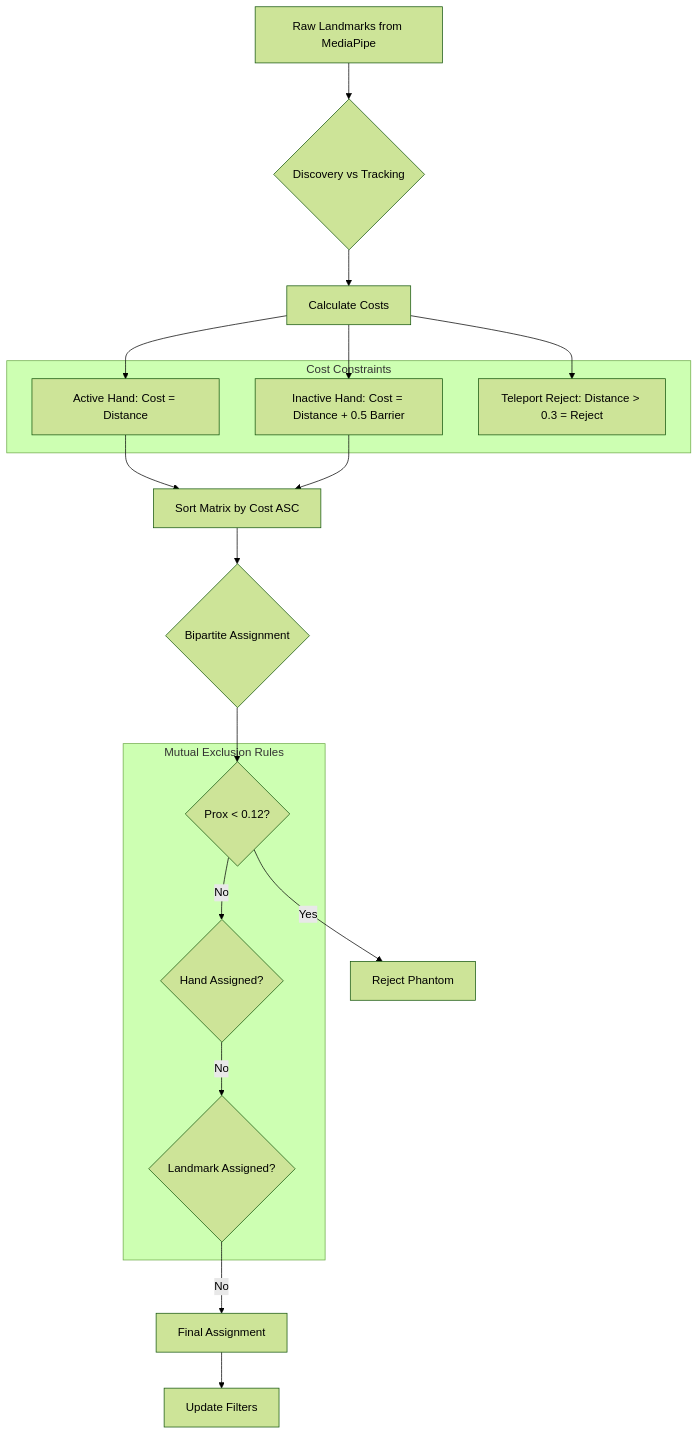
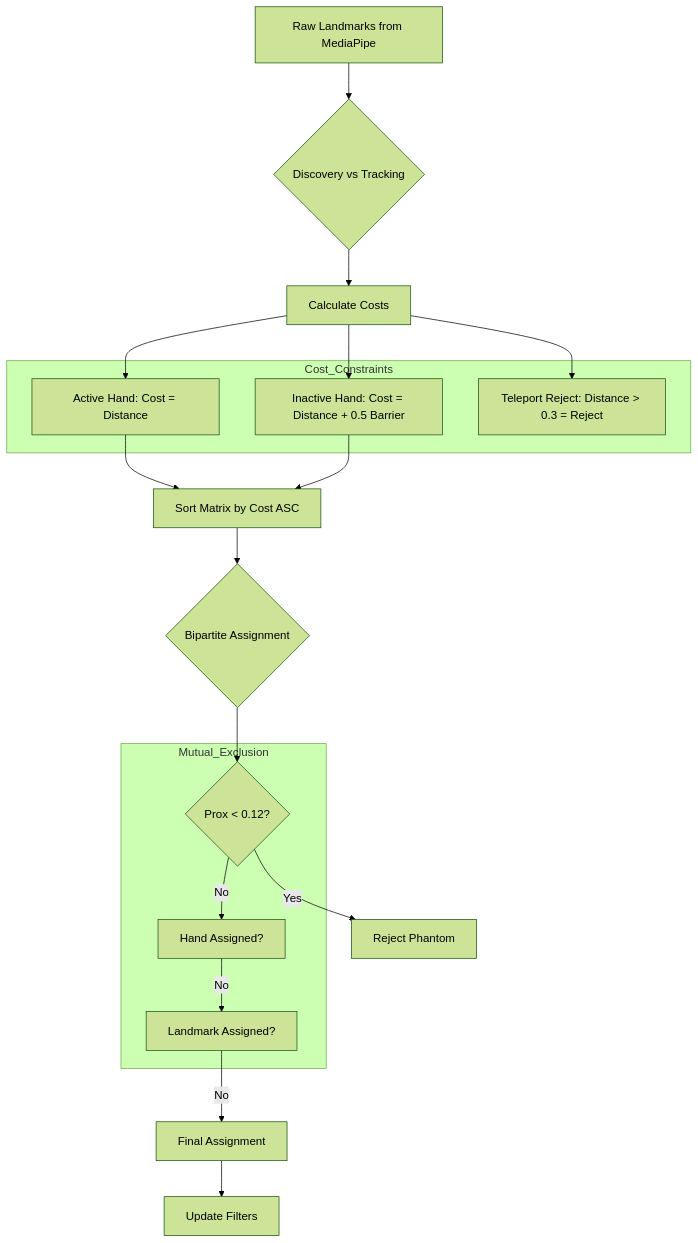
The second of 4 diagrams in hfo_hot_obsidian/bronze/2_areas/mission_thread_omega/omega_workspace_v34_analysis.md (TTaoGaming/hfo-gen-88-chromebook-v1), drawn with Mermaid (forest theme) before and after one commit. The commit also changed other lines of this file, not shown here.

Commit message:
docs(omega): fix mermaid syntax in v34 analysis

````diff
--- a/hfo_hot_obsidian/bronze/2_areas/mission_thread_omega/omega_workspace_v34_analysis.md
+++ b/hfo_hot_obsidian/bronze/2_areas/mission_thread_omega/omega_workspace_v34_analysis.md
@@ -37,33 +35,33 @@
 ```mermaid
 graph TD
     A[Raw Landmarks from MediaPipe] --> B{Discovery vs Tracking}
     B --> C[Calculate Costs]
     
-    subgraph Cost_Barriers["Cost Constraints"]
+    subgraph Cost_Constraints
         C1[Active Hand: Cost = Distance]
         C2["Inactive Hand: Cost = Distance + 0.5 Barrier"]
         C3["Teleport Reject: Distance > 0.3 = Reject"]
     end
     
     C --> C1
     C --> C2
     C --> C3
     
     C1 --> D[Sort Matrix by Cost ASC]
     C2 --> D
     
     D --> E{Bipartite Assignment}
     
-    subgraph Mutual_Exclusion["Mutual Exclusion Rules"]
+    subgraph Mutual_Exclusion
         E1{"Prox < 0.12?"}
-        E2{"Hand Assigned?"}
-        E3{"Landmark Assigned?"}
+        E2[Hand Assigned?]
+        E3[Landmark Assigned?]
     end
     
     E --> E1
     E1 -- Yes --> F[Reject Phantom]
     E1 -- No --> E2
     E2 -- No --> E3
     E3 -- No --> G[Final Assignment]
     G --> H[Update Filters]
 ```
````
